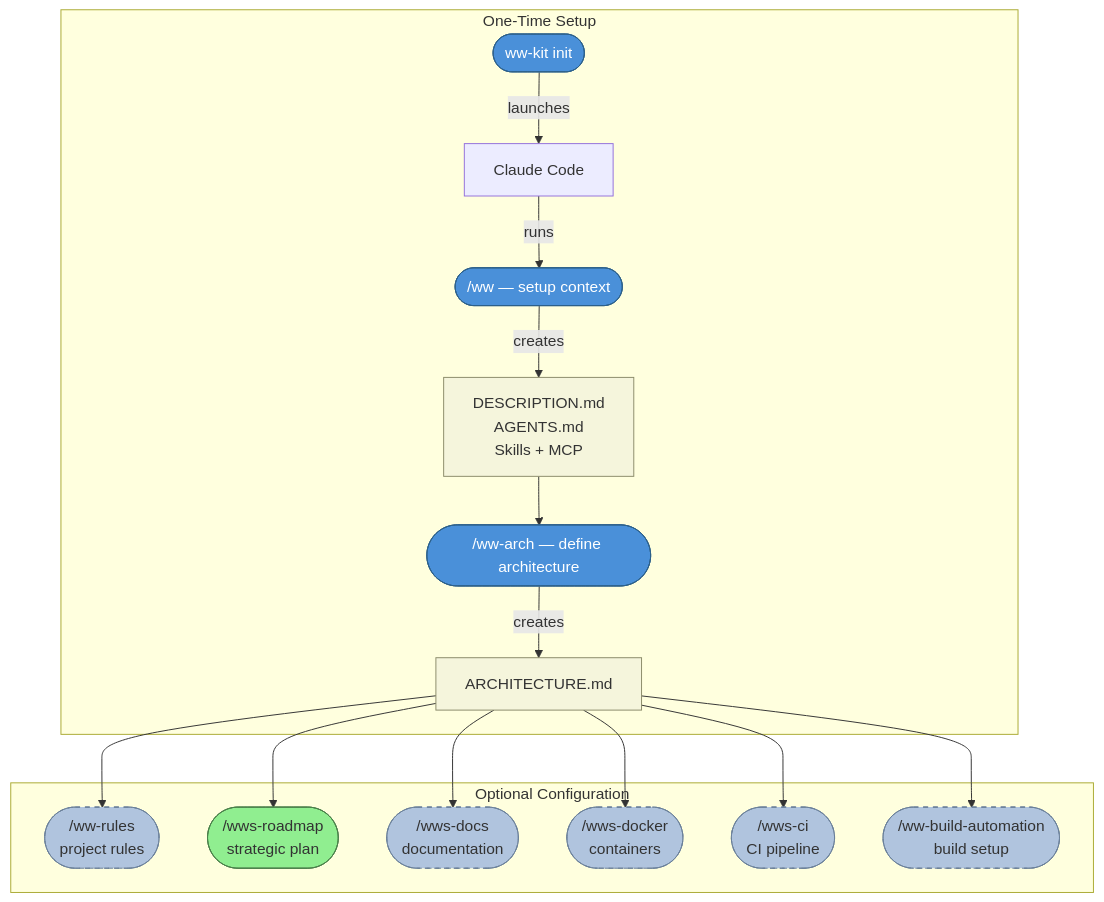
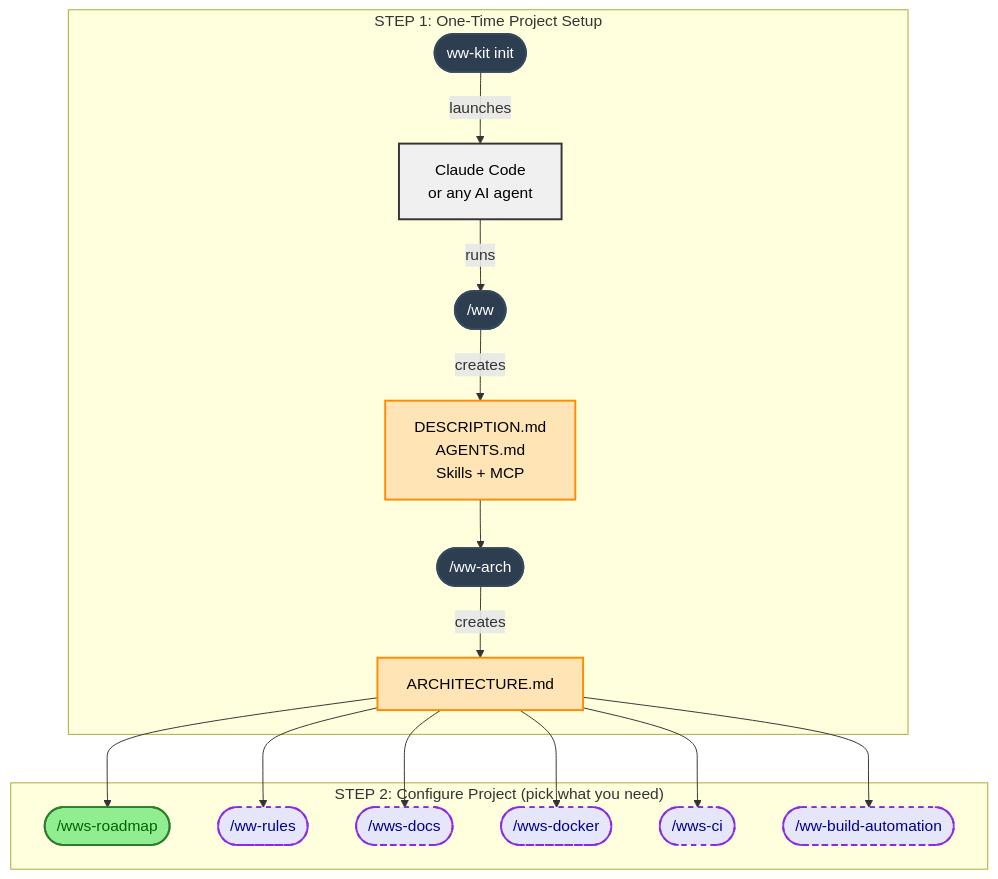
Before and after one commit to tuti-cli/ww-kit: the first of 2 diagrams in docs/workflow.md, drawn with Mermaid. The commit also changed other lines of this file, not shown here.

Commit message:
refactor: enhance workflow diagrams for improved clarity and structure

````diff
--- a/docs/workflow.md
+++ b/docs/workflow.md
@@ -11,26 +11,39 @@
 ```mermaid
 flowchart TD
-    subgraph Setup["One-Time Setup"]
-        A(["ww-kit init"]):::cmd -->|"launches"| B["Claude Code"]
-        B -->|"runs"| C(["/ww — setup context"]):::cmd
-        C -->|"creates"| D["DESCRIPTION.md\nAGENTS.md\nSkills + MCP"]:::artifact
-        D --> E(["/ww-arch — define architecture"]):::cmd
-        E -->|"creates"| F["ARCHITECTURE.md"]:::artifact
+    subgraph SETUP["STEP 1: One-Time Project Setup"]
+        A(["ww-kit init"]):::cmd
+        B["Claude Code\nor any AI agent"]:::process
+        C(["/ww"]):::cmd
+        D["DESCRIPTION.md\nAGENTS.md\nSkills + MCP"]:::artifact
+        E(["/ww-arch"]):::cmd
+        F["ARCHITECTURE.md"]:::artifact
+
+        A -->|"launches"| B
+        B -->|"runs"| C
+        C -->|"creates"| D
+        D --> E
+        E -->|"creates"| F
     end
 
-    subgraph Optional["Optional Configuration"]
-        G(["/ww-rules\n project rules"]):::optional
-        H(["/wws-roadmap\n strategic plan"]):::recommended
-        I(["/wws-docs\n documentation"]):::optional
-        J(["/wws-docker\n containers"]):::optional
-        K(["/wws-ci\n CI pipeline"]):::optional
-        L(["/ww-build-automation\n build setup"]):::optional
+    subgraph CONFIG["STEP 2: Configure Project (pick what you need)"]
+        H(["/wws-roadmap"]):::recommended
+        G(["/ww-rules"]):::optional
+        I(["/wws-docs"]):::optional
+        J(["/wws-docker"]):::optional
+        K(["/wws-ci"]):::optional
+        L(["/ww-build-automation"]):::optional
     end
 
-    F --> G & H & I & J & K & L
+    F --> H
+    F --> G
+    F --> I
+    F --> J
+    F --> K
+    F --> L
 
-    classDef cmd fill:#4a90d9,stroke:#2c5f8a,color:#fff
-    classDef artifact fill:#f5f5dc,stroke:#8b8b6a,color:#333
-    classDef optional fill:#b0c4de,stroke:#6a7f99,color:#333,stroke-dasharray:5 5
-    classDef recommended fill:#90ee90,stroke:#4a7f4a,color:#333
+    classDef cmd fill:#2C3E50,stroke:#34495E,stroke-width:2px,color:white
+    classDef process fill:#F0F0F0,stroke:#333,stroke-width:2px,color:black
+    classDef artifact fill:#FFE4B5,stroke:#FF8C00,stroke-width:2px,color:black
+    classDef optional fill:#E6E6FA,stroke:#8A2BE2,stroke-width:2px,color:darkblue,stroke-dasharray:5 5
+    classDef recommended fill:#90EE90,stroke:#2E7D2E,stroke-width:2px,color:darkgreen
 ```
````
